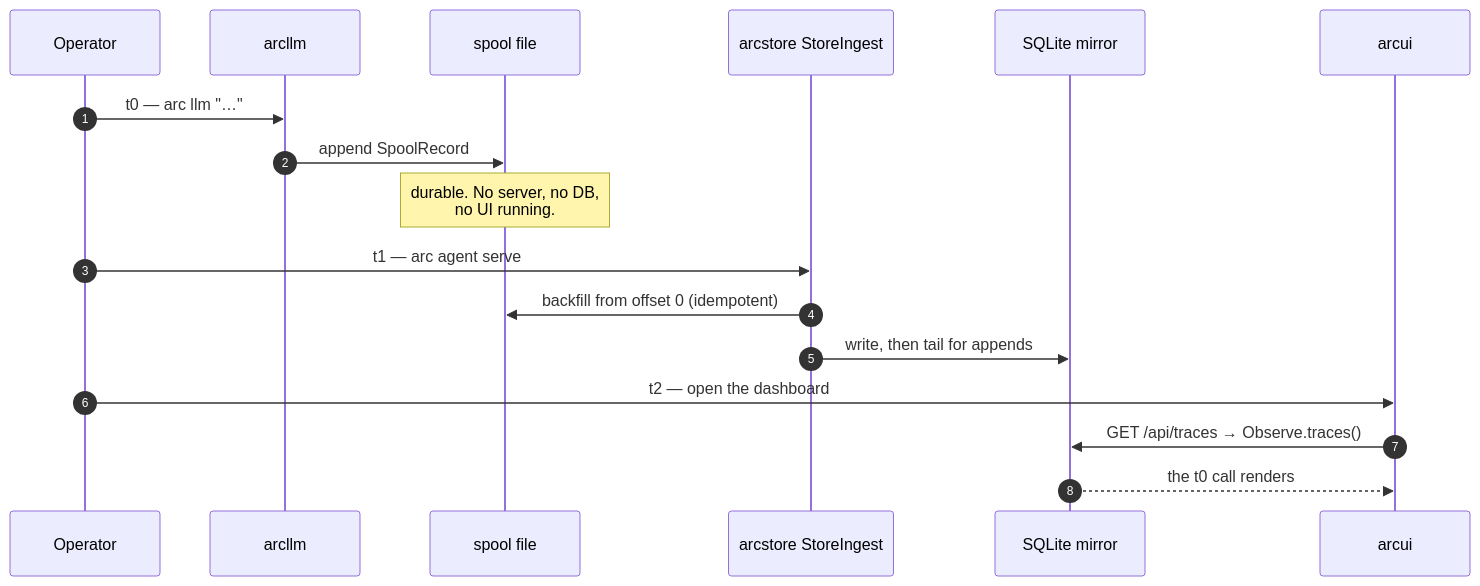
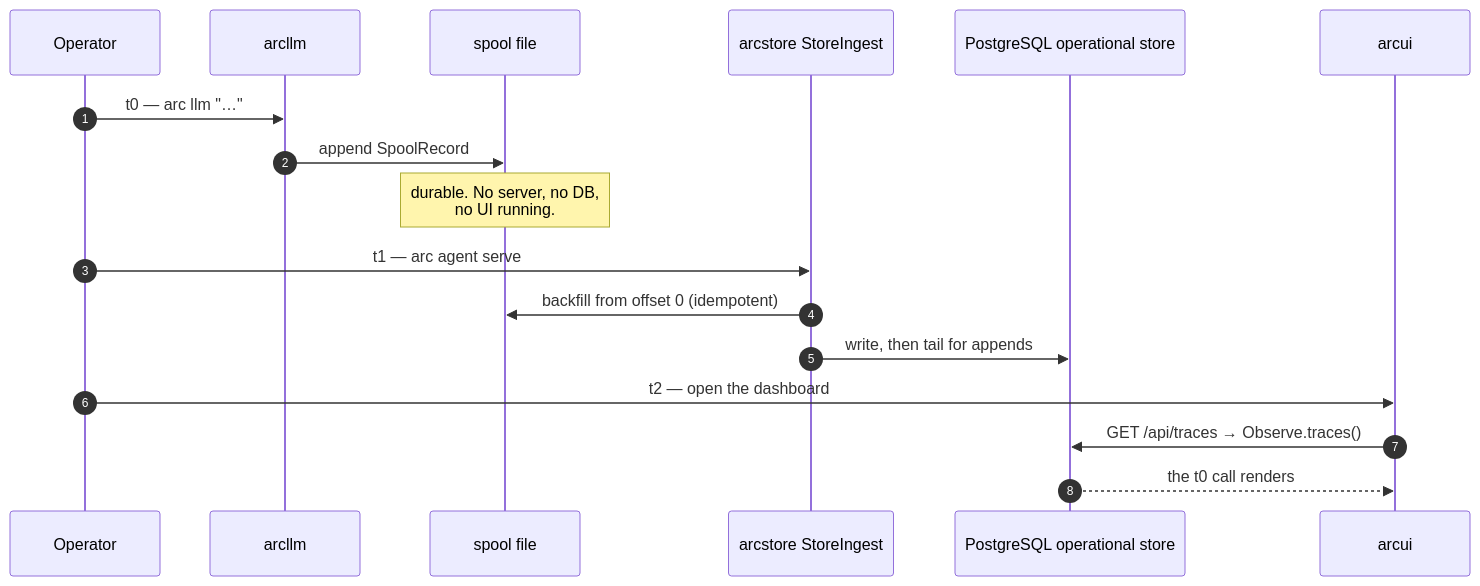
One commit to joshuamschultz/Arc changed the third of 6 diagrams in docs/walkthrough/02-architecture.md. Above: the diagram before and after it, drawn with Mermaid. The commit also changed other lines of this file and 16 other files, not shown here.

First line of the commit message:
docs: align ArcStore references with PostgreSQL cutover

````diff
--- a/docs/walkthrough/02-architecture.md
+++ b/docs/walkthrough/02-architecture.md
@@ -323,20 +323,20 @@
 ```mermaid
 sequenceDiagram
     autonumber
     participant U as Operator
     participant L as arcllm
     participant S as spool file
     participant I as arcstore StoreIngest
-    participant DB as SQLite mirror
+    participant DB as PostgreSQL operational store
     participant UI as arcui
 
     U->>L: t0 — arc llm "…"
     L->>S: append SpoolRecord
     Note over S: durable. No server, no DB,<br/>no UI running.
     U->>I: t1 — arc agent serve
     I->>S: backfill from offset 0 (idempotent)
     I->>DB: write, then tail for appends
     U->>UI: t2 — open the dashboard
     UI->>DB: GET /api/traces → Observe.traces()
     DB-->>UI: the t0 call renders
 ```
````
